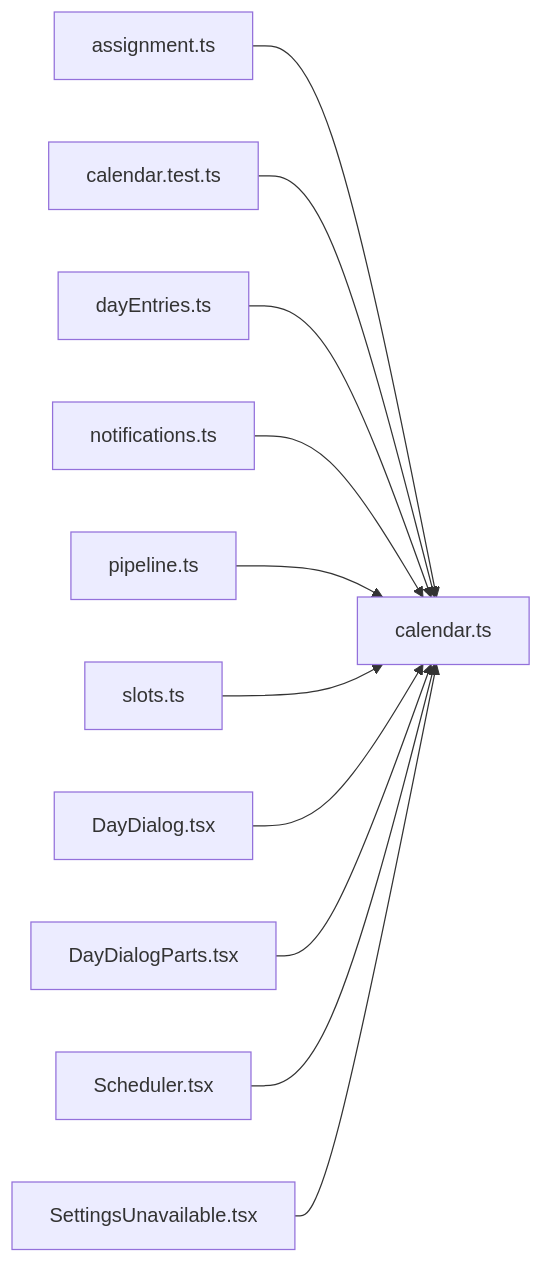
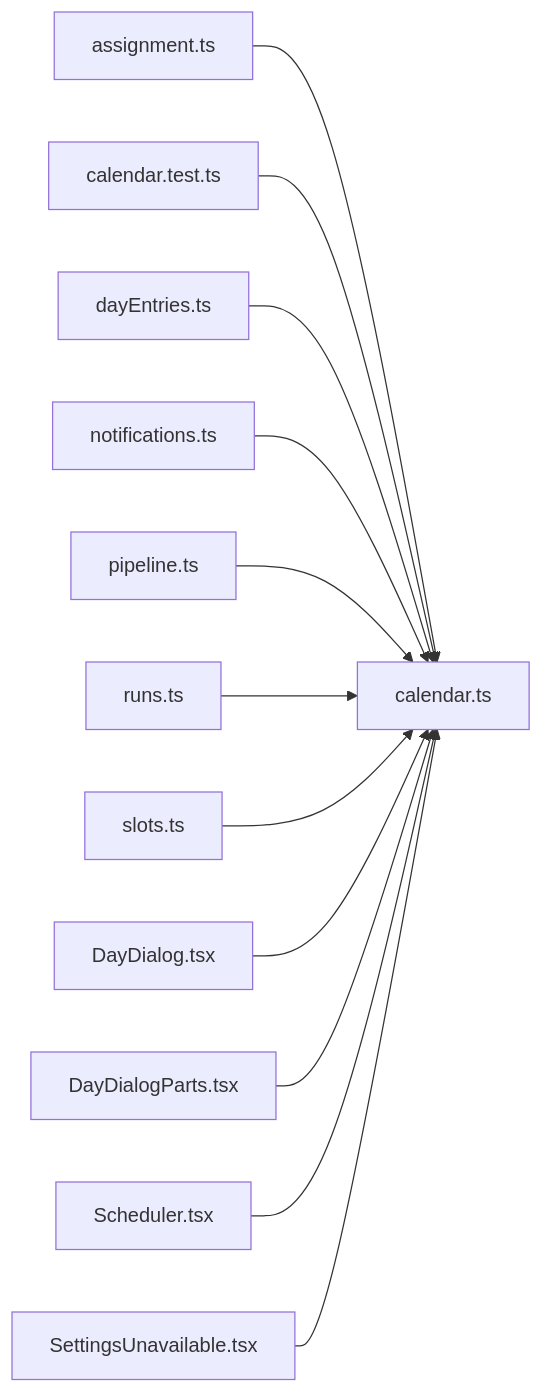
Before and after one commit to minkong-dev/Banblit: the diagram in .cluedoc/graph/frontend/src/lib/calendar.md, drawn with Mermaid. The commit also changed other lines of this file and 19 other files, not shown here.

````diff
--- a/.cluedoc/graph/frontend/src/lib/calendar.md
+++ b/.cluedoc/graph/frontend/src/lib/calendar.md
@@ -10,14 +10,15 @@
 ```mermaid
 flowchart LR
   frontend_src_lib_calendar["calendar.ts"]
   frontend_src_lib_assignment["assignment.ts"] --> frontend_src_lib_calendar
   frontend_src_lib_calendar_test["calendar.test.ts"] --> frontend_src_lib_calendar
   frontend_src_lib_dayEntries["dayEntries.ts"] --> frontend_src_lib_calendar
   frontend_src_lib_notifications["notifications.ts"] --> frontend_src_lib_calendar
   frontend_src_lib_pipeline["pipeline.ts"] --> frontend_src_lib_calendar
+  frontend_src_lib_runs["runs.ts"] --> frontend_src_lib_calendar
   frontend_src_lib_slots["slots.ts"] --> frontend_src_lib_calendar
   frontend_src_routes_DayDialog["DayDialog.tsx"] --> frontend_src_lib_calendar
   frontend_src_routes_DayDialogParts["DayDialogParts.tsx"] --> frontend_src_lib_calendar
   frontend_src_routes_Scheduler["Scheduler.tsx"] --> frontend_src_lib_calendar
   frontend_src_routes_SettingsUnavailable["SettingsUnavailable.tsx"] --> frontend_src_lib_calendar
 ```
````
